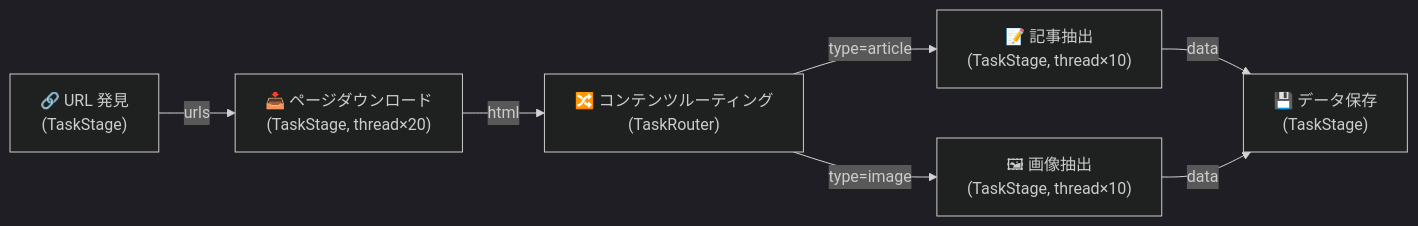
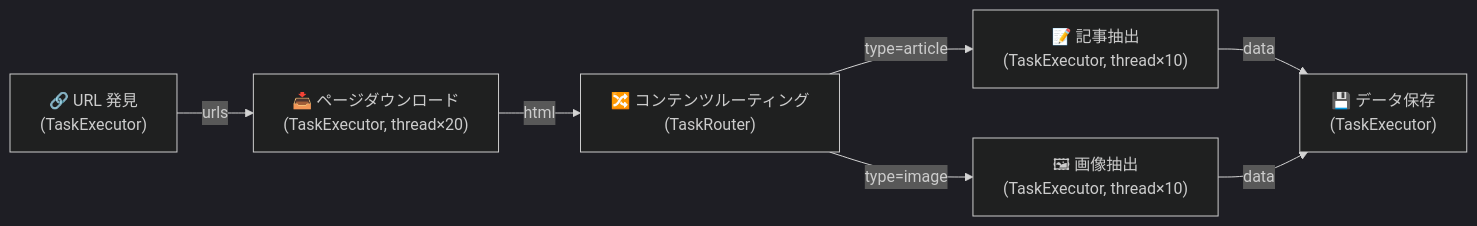
One commit to Mr-xiaotian/CelestialFlow changed the eighth of 9 diagrams in docs/ja/presentation.md. Above: the diagram before and after it, drawn with Mermaid (dark theme). The commit also changed other lines of this file and 181 other files, not shown here.

````diff
--- a/docs/ja/presentation.md
+++ b/docs/ja/presentation.md
@@ -559,9 +541,9 @@
 ```mermaid
 graph LR
-    A["🔗 URL 発見<br/>(TaskStage)"] -->|urls| B["📥 ページダウンロード<br/>(TaskStage, thread×20)"]
+    A["🔗 URL 発見<br/>(TaskExecutor)"] -->|urls| B["📥 ページダウンロード<br/>(TaskExecutor, thread×20)"]
     B -->|html| C["🔀 コンテンツルーティング<br/>(TaskRouter)"]
-    C -->|type=article| D["📝 記事抽出<br/>(TaskStage, thread×10)"]
-    C -->|type=image| E["🖼 画像抽出<br/>(TaskStage, thread×10)"]
-    D -->|data| F["💾 データ保存<br/>(TaskStage)"]
+    C -->|type=article| D["📝 記事抽出<br/>(TaskExecutor, thread×10)"]
+    C -->|type=image| E["🖼 画像抽出<br/>(TaskExecutor, thread×10)"]
+    D -->|data| F["💾 データ保存<br/>(TaskExecutor)"]
     E -->|data| F
 ```
````
